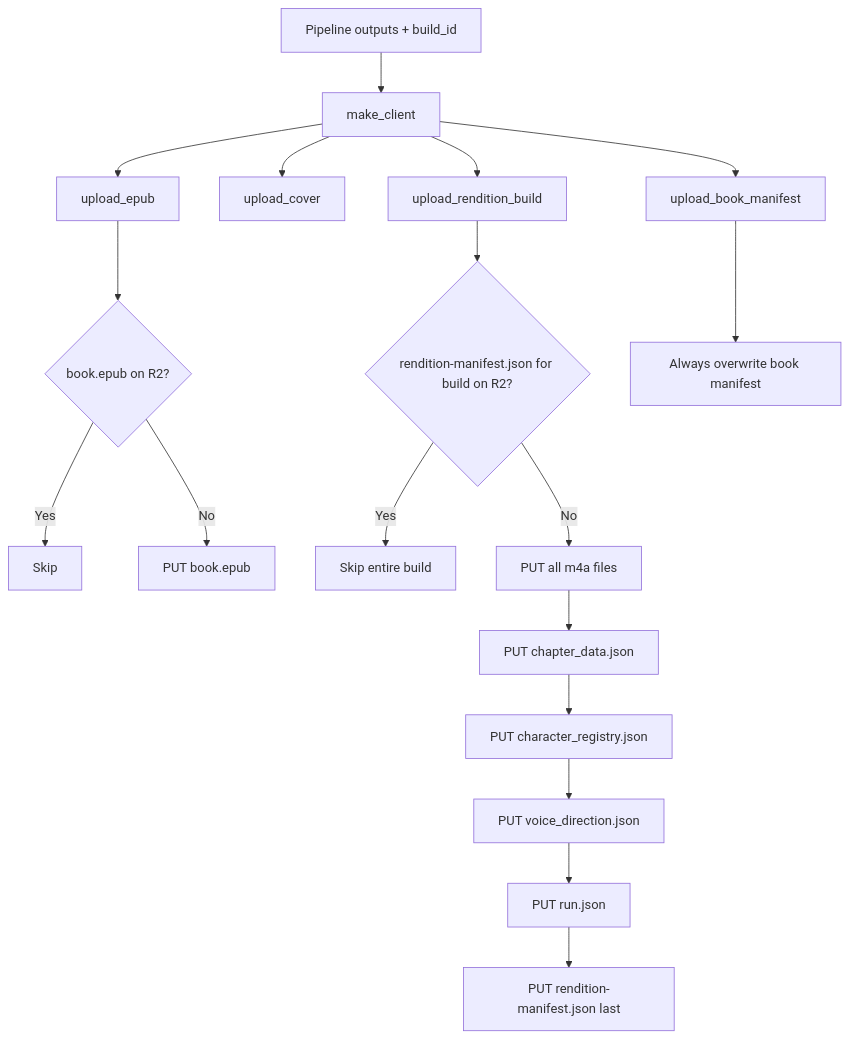
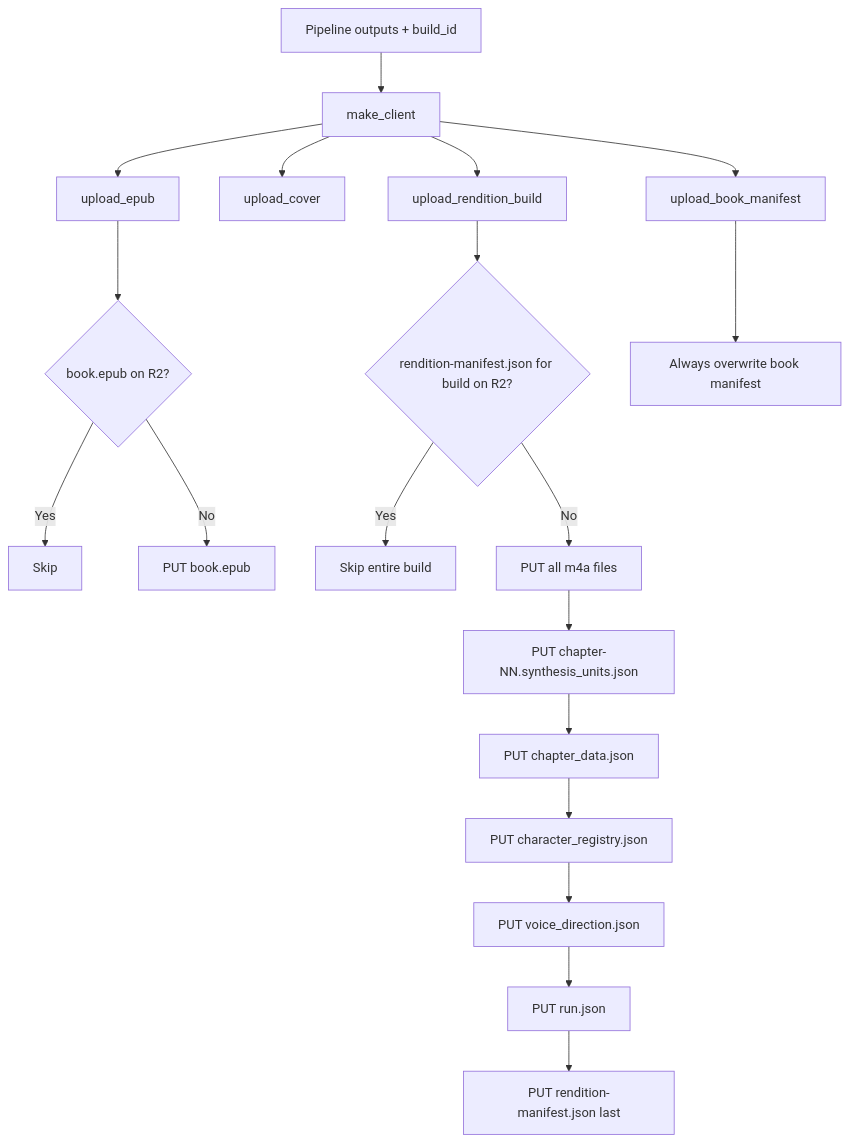
The diagram in pipeline/docs/step6-r2.md (jkoeh/openshelf), drawn with Mermaid before and after one commit. The commit also changed other lines of this file and 21 other files, not shown here.

````diff
--- a/pipeline/docs/step6-r2.md
+++ b/pipeline/docs/step6-r2.md
@@ -10,23 +10,24 @@
 ```mermaid
 graph TD
     A[Pipeline outputs + build_id] --> B[make_client]
     B --> C[upload_epub]
     B --> D[upload_cover]
     B --> E[upload_rendition_build]
     B --> H[upload_book_manifest]
 
     C --> C1{book.epub on R2?}
     C1 -->|Yes| C2[Skip]
     C1 -->|No| C3[PUT book.epub]
 
     E --> E1{rendition-manifest.json for build on R2?}
     E1 -->|Yes| E2[Skip entire build]
     E1 -->|No| E3[PUT all m4a files]
-    E3 --> E4[PUT chapter_data.json]
+    E3 --> E3A[PUT chapter-NN.synthesis_units.json]
+    E3A --> E4[PUT chapter_data.json]
     E4 --> E4A[PUT character_registry.json]
     E4A --> E4B[PUT voice_direction.json]
     E4B --> E4C[PUT run.json]
     E4C --> E5[PUT rendition-manifest.json last]
 
     H --> H1[Always overwrite book manifest]
 ```
````
